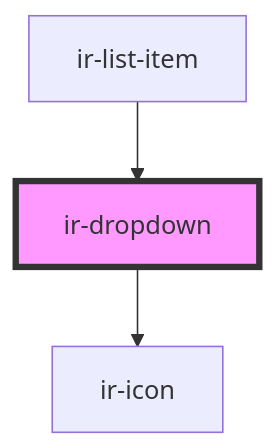
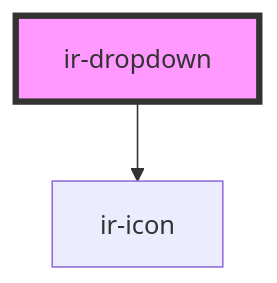
One commit to David1Chowaifaty/modified-ir-webcmp changed the diagram in src/components/ir-dropdown/readme.md. Above: the diagram before and after it, drawn with Mermaid. The commit also changed other lines of this file and 47 other files, not shown here.

````diff
--- a/src/components/ir-dropdown/readme.md
+++ b/src/components/ir-dropdown/readme.md
@@ -34,6 +30,5 @@
 ```mermaid
 graph TD;
   ir-dropdown --> ir-icon
-  ir-list-item --> ir-dropdown
   style ir-dropdown fill:#f9f,stroke:#333,stroke-width:4px
 ```
````
